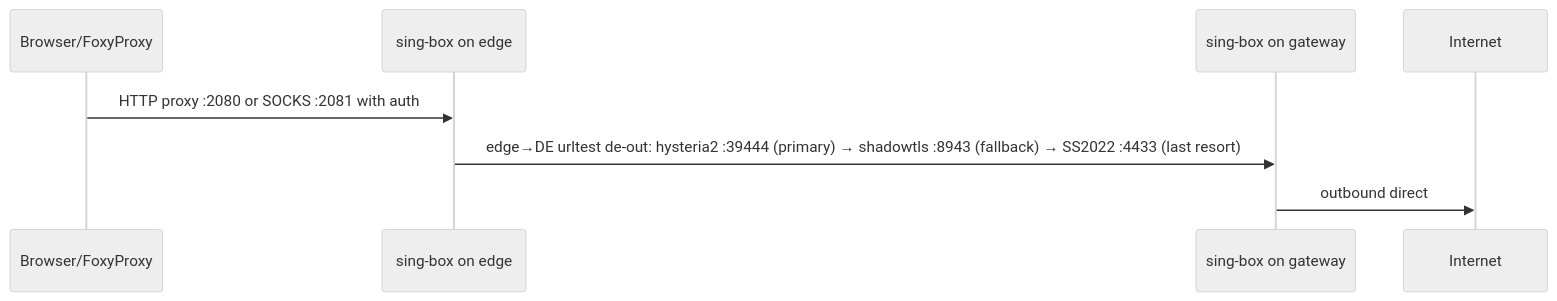
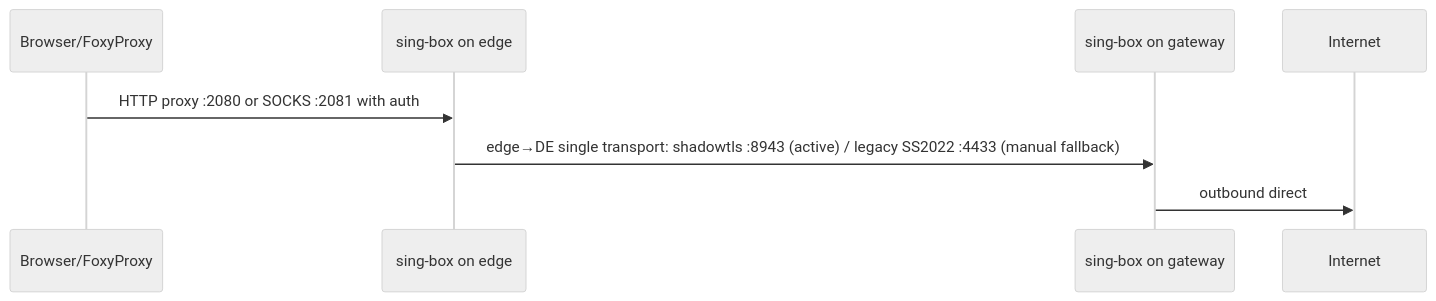
Before and after one commit to panalex/home-vpn: the second of 4 diagrams in docs/architecture.md, drawn with Mermaid (neutral theme). The commit also changed other lines of this file and 29 other files, not shown here.

````diff
--- a/docs/architecture.md
+++ b/docs/architecture.md
@@ -46,11 +45,11 @@
 ```mermaid
 sequenceDiagram
     participant B as Browser/FoxyProxy
     participant E as sing-box on edge
     participant G as sing-box on gateway
     participant I as Internet
 
     B->>E: HTTP proxy :2080 or SOCKS :2081 with auth
-    E->>G: edge→DE urltest de-out: hysteria2 :39444 (primary) → shadowtls :8943 (fallback) → SS2022 :4433 (last resort)
+    E->>G: edge→DE single transport: shadowtls :8943 (active) / legacy SS2022 :4433 (manual fallback)
     G->>I: outbound direct
 ```
````
